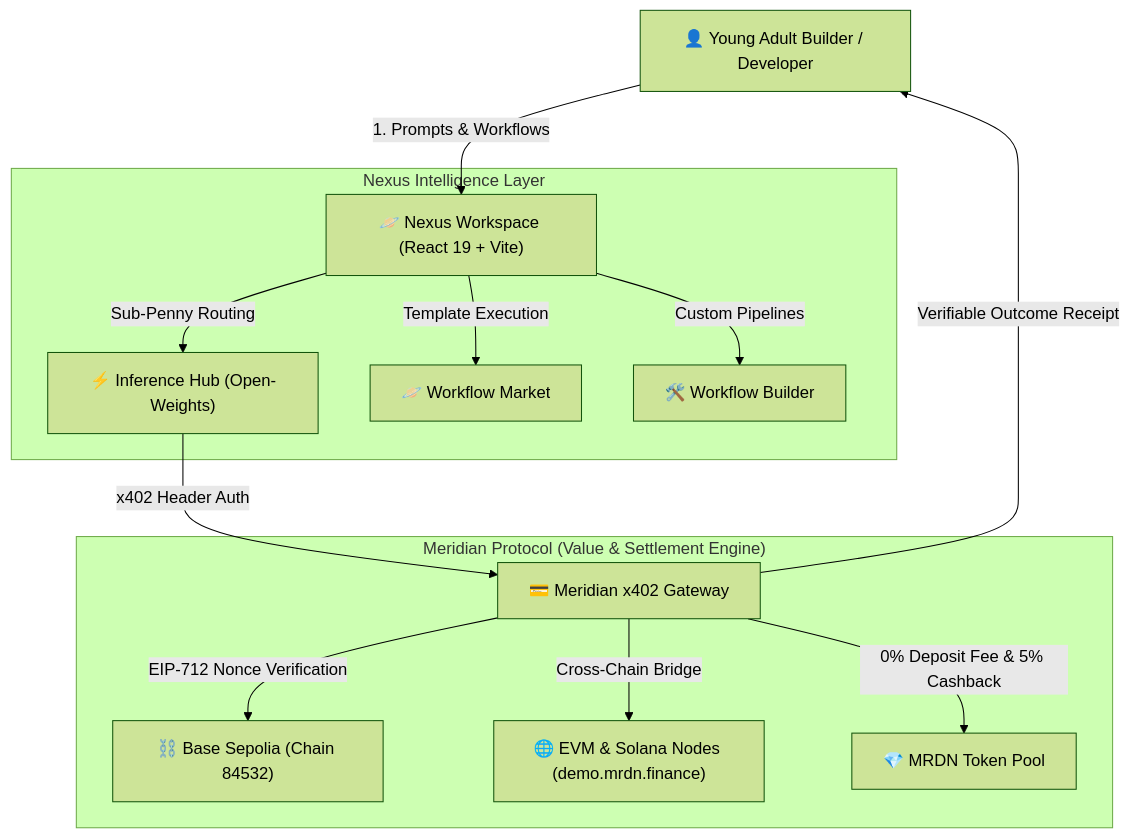
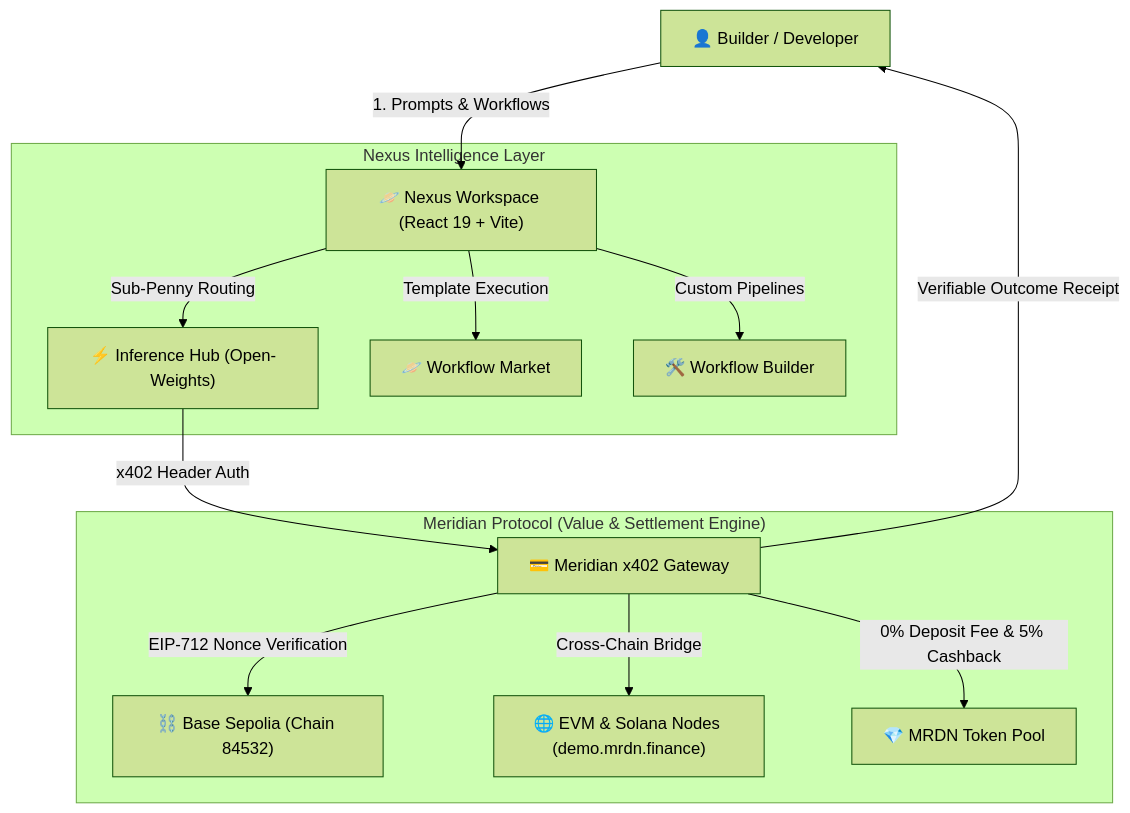
The diagram in README.md (johnparente97/M.NexusPhase1), drawn with Mermaid (forest theme) before and after one commit.

Commit message:
docs(readme): update Mermaid node label to Builder / Developer

````diff
--- a/README.md
+++ b/README.md
@@ -14,19 +14,19 @@
 ```mermaid
 graph TD
-    User["👤 Young Adult Builder / Developer"] -->|1. Prompts & Workflows| NexusUI["🪐 Nexus Workspace (React 19 + Vite)"]
+    User["👤 Builder / Developer"] -->|1. Prompts & Workflows| NexusUI["🪐 Nexus Workspace (React 19 + Vite)"]
     
     subgraph "Nexus Intelligence Layer"
         NexusUI -->|Sub-Penny Routing| InfHub["⚡ Inference Hub (Open-Weights)"]
         NexusUI -->|Template Execution| WFMarket["🪐 Workflow Market"]
         NexusUI -->|Custom Pipelines| Studio["🛠️ Workflow Builder"]
     end
 
     subgraph "Meridian Protocol (Value & Settlement Engine)"
         InfHub -->|x402 Header Auth| x402Gate["💳 Meridian x402 Gateway"]
         x402Gate -->|EIP-712 Nonce Verification| BaseSepolia["⛓️ Base Sepolia (Chain 84532)"]
         x402Gate -->|Cross-Chain Bridge| MultiChain["🌐 EVM & Solana Nodes (demo.mrdn.finance)"]
         x402Gate -->|0% Deposit Fee & 5% Cashback| MRDNToken["💎 MRDN Token Pool"]
     end
 
     x402Gate -->|Verifiable Outcome Receipt| User
 ```
````
